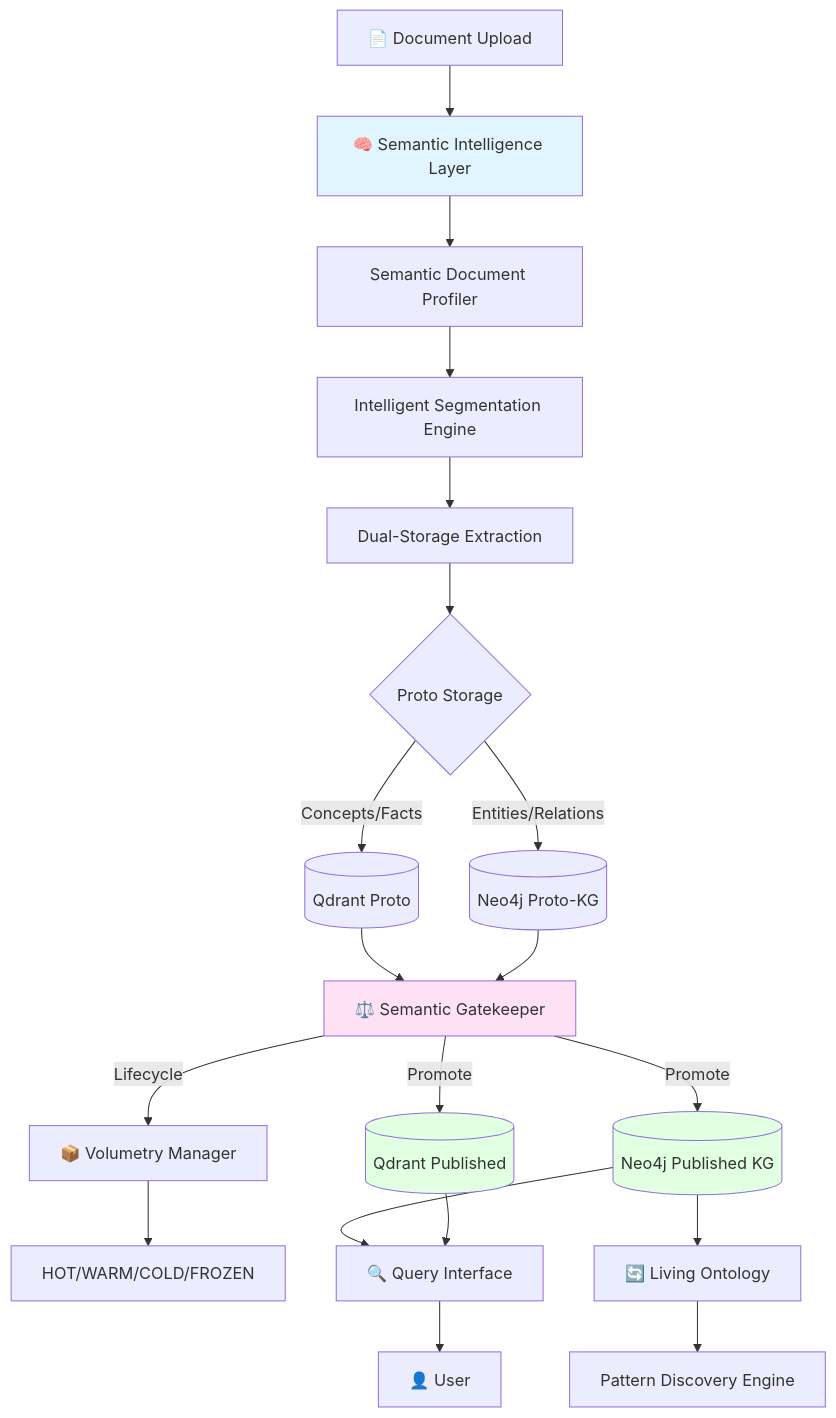
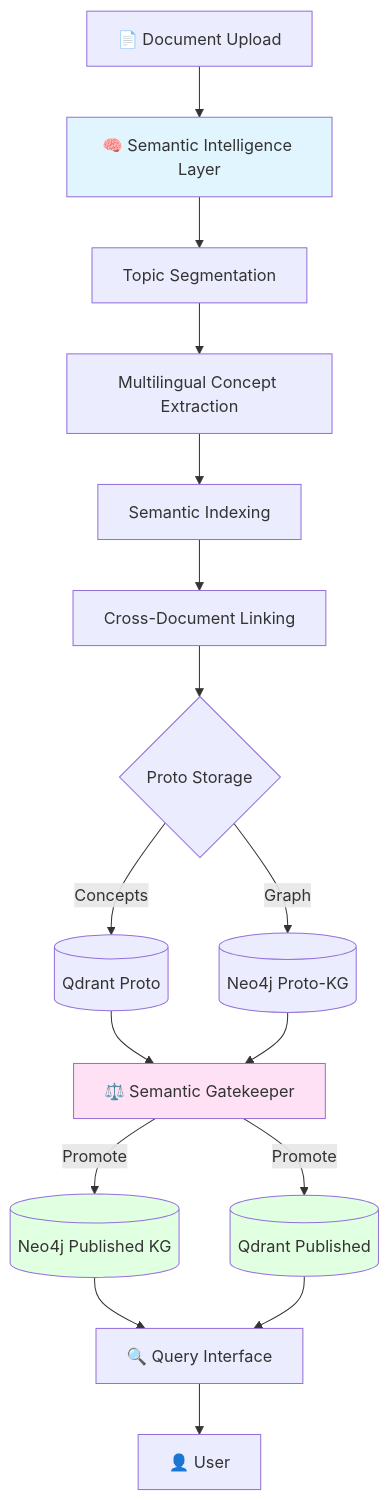
The diagram in doc/OSMOSE_ARCHITECTURE_TECHNIQUE.md (fredpottier/KBGPT), drawn with Mermaid before and after one commit. The commit also changed other lines of this file and 11 other files, not shown here.

````diff
--- a/doc/OSMOSE_ARCHITECTURE_TECHNIQUE.md
+++ b/doc/OSMOSE_ARCHITECTURE_TECHNIQUE.md
@@ -25,33 +25,28 @@
 ```mermaid
 flowchart TB
     START[📄 Document Upload] --> SEMANTIC_LAYER[🧠 Semantic Intelligence Layer]
 
-    SEMANTIC_LAYER --> PROFILER[Semantic Document Profiler]
-    PROFILER --> SEGMENTATION[Intelligent Segmentation Engine]
-    SEGMENTATION --> EXTRACTION[Dual-Storage Extraction]
+    SEMANTIC_LAYER --> SEGMENTATION[Topic Segmentation]
+    SEGMENTATION --> EXTRACTION[Multilingual Concept Extraction]
+    EXTRACTION --> INDEXING[Semantic Indexing]
+    INDEXING --> LINKING[Cross-Document Linking]
 
-    EXTRACTION --> PROTO_STORAGE{Proto Storage}
-    PROTO_STORAGE -->|Concepts/Facts| QDRANT_PROTO[(Qdrant Proto)]
-    PROTO_STORAGE -->|Entities/Relations| NEO4J_PROTO[(Neo4j Proto-KG)]
+    LINKING --> PROTO_STORAGE{Proto Storage}
+    PROTO_STORAGE -->|Concepts| QDRANT_PROTO[(Qdrant Proto)]
+    PROTO_STORAGE -->|Graph| NEO4J_PROTO[(Neo4j Proto-KG)]
 
     QDRANT_PROTO --> GATEKEEPER[⚖️ Semantic Gatekeeper]
     NEO4J_PROTO --> GATEKEEPER
 
     GATEKEEPER -->|Promote| QDRANT_PUB[(Qdrant Published)]
     GATEKEEPER -->|Promote| NEO4J_PUB[(Neo4j Published KG)]
-
-    GATEKEEPER -->|Lifecycle| VOLUMETRY[📦 Volumetry Manager]
-    VOLUMETRY --> HOT_WARM_COLD[HOT/WARM/COLD/FROZEN]
-
-    NEO4J_PUB --> LIVING_ONTO[🔄 Living Ontology]
-    LIVING_ONTO --> PATTERN_DISCOVERY[Pattern Discovery Engine]
 
     NEO4J_PUB --> QUERY[🔍 Query Interface]
     QDRANT_PUB --> QUERY
     QUERY --> USER[👤 User]
 
     style SEMANTIC_LAYER fill:#e1f5ff
     style GATEKEEPER fill:#ffe1f5
     style NEO4J_PUB fill:#e1ffe1
     style QDRANT_PUB fill:#e1ffe1
 ```
````
